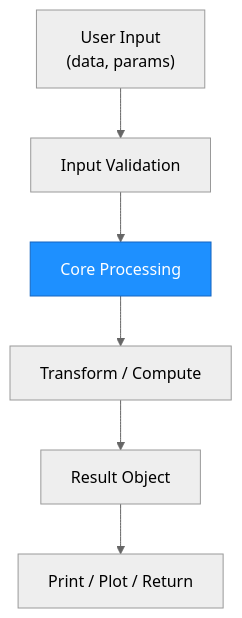
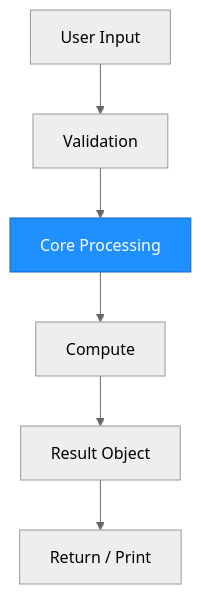
The third of 3 diagrams in templates/architecture.md (statsclaw/statsclaw), drawn with Mermaid before and after one commit. The commit also changed other lines of this file and 1 other file, not shown here.

First line of the commit message:
fix: enforce vertical-only narrow layout for architecture diagrams

````diff
--- a/templates/architecture.md
+++ b/templates/architecture.md
@@ -82,11 +109,11 @@
 ```mermaid
 %%{init: {'theme': 'neutral'}}%%
 graph TD
-    Input["User Input\n(data, params)"] --> Validate["Input Validation"]
+    Input["User Input"] --> Validate["Validation"]
     Validate --> Process["Core Processing"]
-    Process --> Transform["Transform / Compute"]
+    Process --> Transform["Compute"]
     Transform --> Output["Result Object"]
-    Output --> Display["Print / Plot / Return"]
+    Output --> Display["Return / Print"]
 
     style Process fill:#1e90ff,stroke:#1565c0,color:#fff
 ```
````
